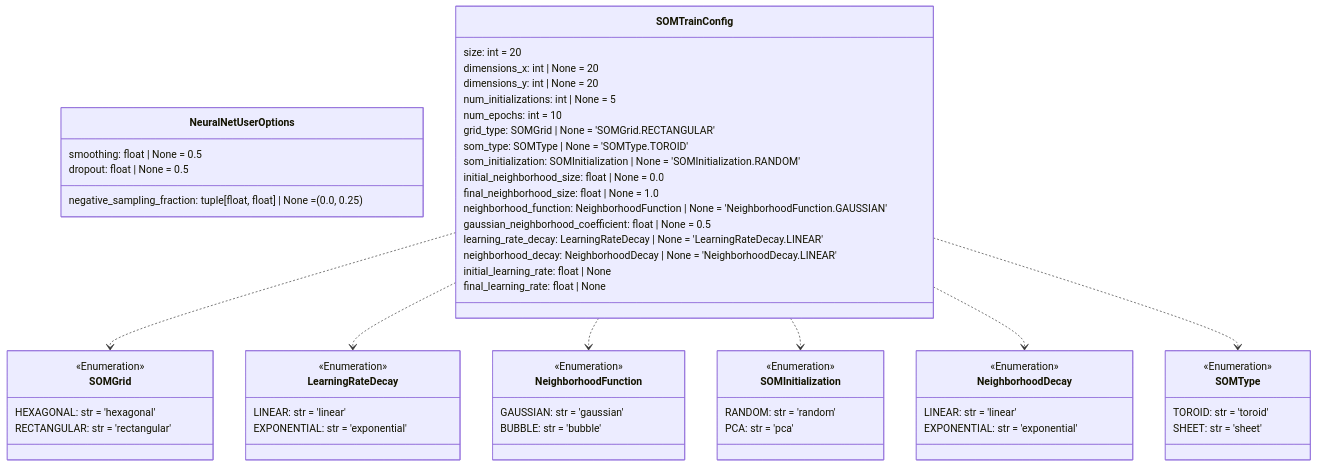
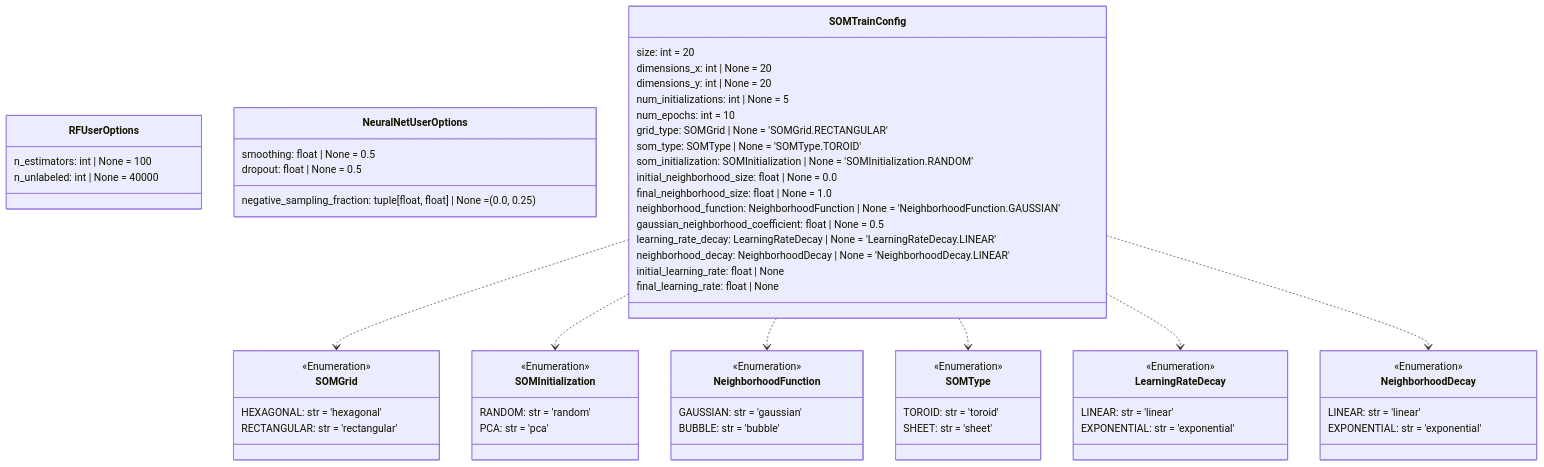
Diagram 14 of 14 in README.md (DARPA-CRITICALMAAS/cdr_schemas), drawn with Mermaid before and after one commit. The commit also changed other lines of this file and 3 other files, not shown here.

Commit message:
minimal RFUserOptions for baseline RandomForestClassified model

````diff
--- a/README.md
+++ b/README.md
@@ -1206,73 +1212,78 @@
 ```mermaid
 classDiagram
 
-    class NeuralNetUserOptions {
-        smoothing: float | None = 0.5
-        dropout: float | None = 0.5
-        negative_sampling_fraction: tuple[float, float] | None = (0.0, 0.25)
+    class RFUserOptions {
+        n_estimators: int | None = 100
+        n_unlabeled: int | None = 40000
+    }
+
+    class SOMGrid {
+        <<Enumeration>>
+        HEXAGONAL: str = 'hexagonal'
+        RECTANGULAR: str = 'rectangular'
     }
 
     class SOMInitialization {
         <<Enumeration>>
         RANDOM: str = 'random'
         PCA: str = 'pca'
     }
 
-    class SOMGrid {
+    class NeighborhoodDecay {
         <<Enumeration>>
-        HEXAGONAL: str = 'hexagonal'
-        RECTANGULAR: str = 'rectangular'
+        LINEAR: str = 'linear'
+        EXPONENTIAL: str = 'exponential'
+    }
+
+    class NeuralNetUserOptions {
+        smoothing: float | None = 0.5
+        dropout: float | None = 0.5
+        negative_sampling_fraction: tuple[float, float] | None = (0.0, 0.25)
     }
 
     class SOMTrainConfig {
         size: int = 20
         dimensions_x: int | None = 20
         dimensions_y: int | None = 20
         num_initializations: int | None = 5
         num_epochs: int = 10
         grid_type: SOMGrid | None = 'SOMGrid.RECTANGULAR'
         som_type: SOMType | None = 'SOMType.TOROID'
         som_initialization: SOMInitialization | None = 'SOMInitialization.RANDOM'
         initial_neighborhood_size: float | None = 0.0
         final_neighborhood_size: float | None = 1.0
         neighborhood_function: NeighborhoodFunction | None = 'NeighborhoodFunction.GAUSSIAN'
         gaussian_neighborhood_coefficient: float | None = 0.5
         learning_rate_decay: LearningRateDecay | None = 'LearningRateDecay.LINEAR'
         neighborhood_decay: NeighborhoodDecay | None = 'NeighborhoodDecay.LINEAR'
         initial_learning_rate: float | None
         final_learning_rate: float | None
     }
 
-    class LearningRateDecay {
-        <<Enumeration>>
-        LINEAR: str = 'linear'
-        EXPONENTIAL: str = 'exponential'
-    }
-
     class NeighborhoodFunction {
         <<Enumeration>>
         GAUSSIAN: str = 'gaussian'
         BUBBLE: str = 'bubble'
-    }
-
-    class NeighborhoodDecay {
-        <<Enumeration>>
-        LINEAR: str = 'linear'
-        EXPONENTIAL: str = 'exponential'
     }
 
     class SOMType {
         <<Enumeration>>
         TOROID: str = 'toroid'
         SHEET: str = 'sheet'
     }
 
+    class LearningRateDecay {
+        <<Enumeration>>
+        LINEAR: str = 'linear'
+        EXPONENTIAL: str = 'exponential'
+    }
+
     SOMTrainConfig ..> SOMGrid
+    SOMTrainConfig ..> SOMInitialization
+    SOMTrainConfig ..> NeighborhoodFunction
+    SOMTrainConfig ..> SOMType
     SOMTrainConfig ..> LearningRateDecay
-    SOMTrainConfig ..> NeighborhoodFunction
-    SOMTrainConfig ..> SOMInitialization
     SOMTrainConfig ..> NeighborhoodDecay
-    SOMTrainConfig ..> SOMType
 
 
 ```
````
